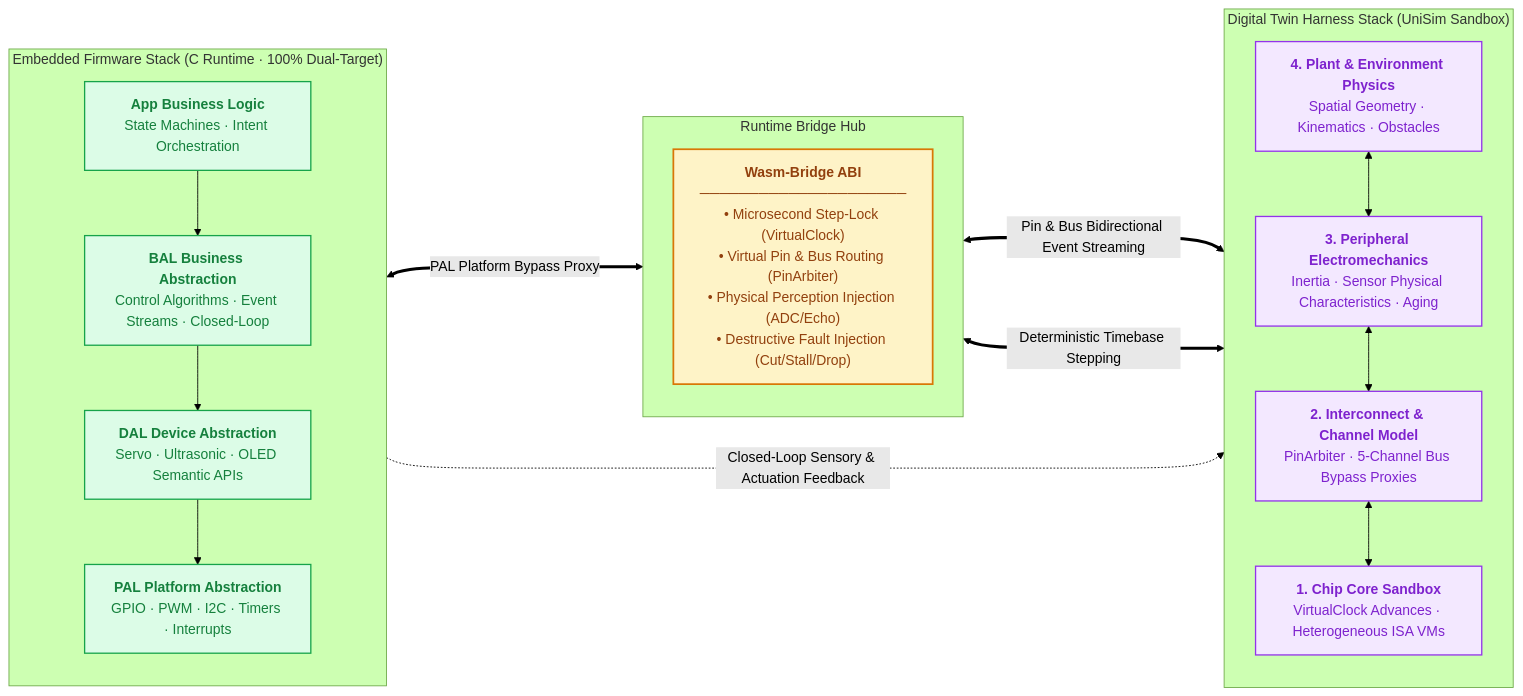
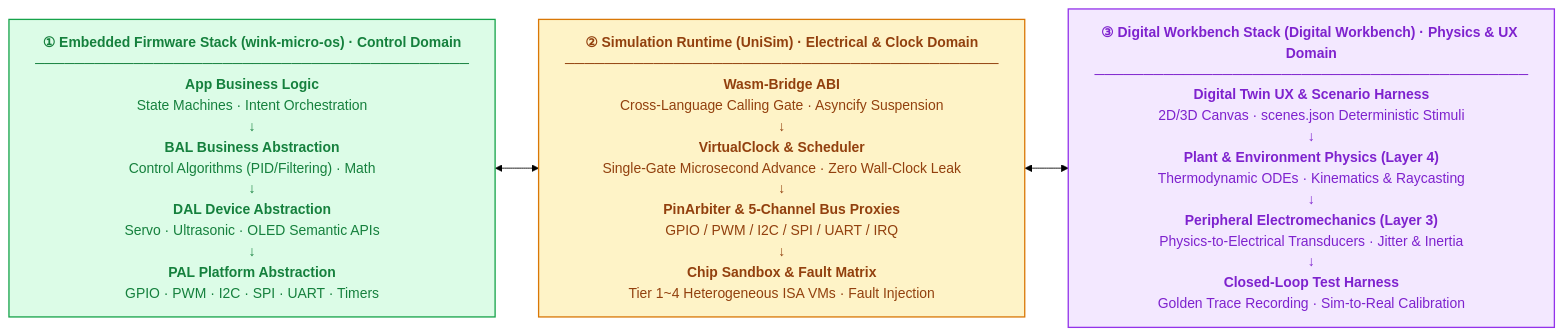
The third of 3 diagrams in README.md (wink-cloud-hub/wink-ai-embedded), drawn with Mermaid (forest theme) before and after one commit. The commit also changed other lines of this file and 1 other file, not shown here.

````diff
--- a/README.md
+++ b/README.md
@@ -202,35 +220,14 @@
 ```mermaid
 graph LR
     classDef fw fill:#dcfce7,stroke:#16a34a,stroke-width:1.5px,color:#15803d;
-    classDef sim fill:#f3e8ff,stroke:#9333ea,stroke-width:1.5px,color:#7e22ce;
-    classDef bridge fill:#fef3c7,stroke:#d97706,stroke-width:2px,color:#92400e;
+    classDef unisim fill:#fef3c7,stroke:#d97706,stroke-width:1.5px,color:#92400e;
+    classDef bench fill:#f3e8ff,stroke:#9333ea,stroke-width:1.5px,color:#7e22ce;
 
-    subgraph FW ["Embedded Firmware Stack (C Runtime · 100% Dual-Target)"]
-        direction TB
-        App["<b>App Business Logic</b><br>State Machines · Intent Orchestration"]:::fw
-        BAL["<b>BAL Business Abstraction</b><br>Control Algorithms · Event Streams · Closed-Loop"]:::fw
-        DAL["<b>DAL Device Abstraction</b><br>Servo · Ultrasonic · OLED Semantic APIs"]:::fw
-        PAL["<b>PAL Platform Abstraction</b><br>GPIO · PWM · I2C · Timers · Interrupts"]:::fw
-        App --> BAL --> DAL --> PAL
-    end
+    Stack1["<b>① Embedded Firmware Stack (wink-micro-os) · Control Domain</b><br>────────────────────────────────────────────<br><b>App Business Logic</b><br>State Machines · Intent Orchestration<br>↓<br><b>BAL Business Abstraction</b><br>Control Algorithms (PID/Filtering) · Math<br>↓<br><b>DAL Device Abstraction</b><br>Servo · Ultrasonic · OLED Semantic APIs<br>↓<br><b>PAL Platform Abstraction</b><br>GPIO · PWM · I2C · SPI · UART · Timers"]:::fw
 
-    subgraph BridgeZone ["Runtime Bridge Hub"]
-        direction TB
-        Bridge["<b>Wasm-Bridge ABI</b><br>─────────────────────<br>• Microsecond Step-Lock (VirtualClock)<br>• Virtual Pin & Bus Routing (PinArbiter)<br>• Physical Perception Injection (ADC/Echo)<br>• Destructive Fault Injection (Cut/Stall/Drop)"]:::bridge
-    end
+    Stack2["<b>② Simulation Runtime (UniSim) · Electrical & Clock Domain</b><br>────────────────────────────────────────────<br><b>Wasm-Bridge ABI</b><br>Cross-Language Calling Gate · Asyncify Suspension<br>↓<br><b>VirtualClock & Scheduler</b><br>Single-Gate Microsecond Advance · Zero Wall-Clock Leak<br>↓<br><b>PinArbiter & 5-Channel Bus Proxies</b><br>GPIO / PWM / I2C / SPI / UART / IRQ<br>↓<br><b>Chip Sandbox & Fault Matrix</b><br>Tier 1~4 Heterogeneous ISA VMs · Fault Injection"]:::unisim
 
-    subgraph SIM ["Digital Twin Harness Stack (UniSim Sandbox)"]
-        direction TB
-        Plant["<b>4. Plant & Environment Physics</b><br>Spatial Geometry · Kinematics · Obstacles"]:::sim
-        PeriphSim["<b>3. Peripheral Electromechanics</b><br>Inertia · Sensor Physical Characteristics · Aging"]:::sim
-        ChanSim["<b>2. Interconnect & Channel Model</b><br>PinArbiter · 5-Channel Bus Bypass Proxies"]:::sim
-        ChipSim["<b>1. Chip Core Sandbox</b><br>VirtualClock Advances · Heterogeneous ISA VMs"]:::sim
-        Plant <--> PeriphSim <--> ChanSim <--> ChipSim
-    end
+    Stack3["<b>③ Digital Workbench Stack (Digital Workbench) · Physics & UX Domain</b><br>────────────────────────────────────────────<br><b>Digital Twin UX & Scenario Harness</b><br>2D/3D Canvas · scenes.json Deterministic Stimuli<br>↓<br><b>Plant & Environment Physics (Layer 4)</b><br>Thermodynamic ODEs · Kinematics & Raycasting<br>↓<br><b>Peripheral Electromechanics (Layer 3)</b><br>Physics-to-Electrical Transducers · Jitter & Inertia<br>↓<br><b>Closed-Loop Test Harness</b><br>Golden Trace Recording · Sim-to-Real Calibration"]:::bench
 
-    PAL <===>|"PAL Platform Bypass Proxy"| Bridge
-    Bridge <===>|"Pin & Bus Bidirectional Event Streaming"| ChanSim
-    Bridge <===>|"Deterministic Timebase Stepping"| ChipSim
-
-    App -.->|"Closed-Loop Sensory & Actuation Feedback"| Plant
+    Stack1 <--> Stack2 <--> Stack3
 ```
````
